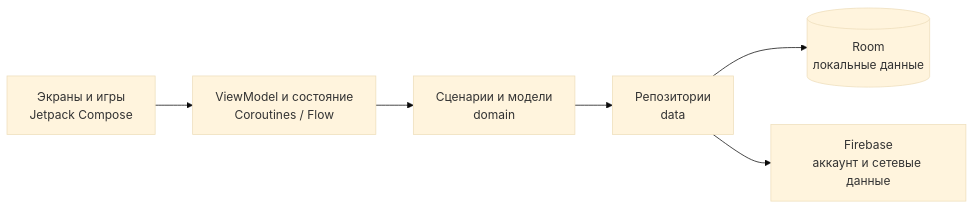
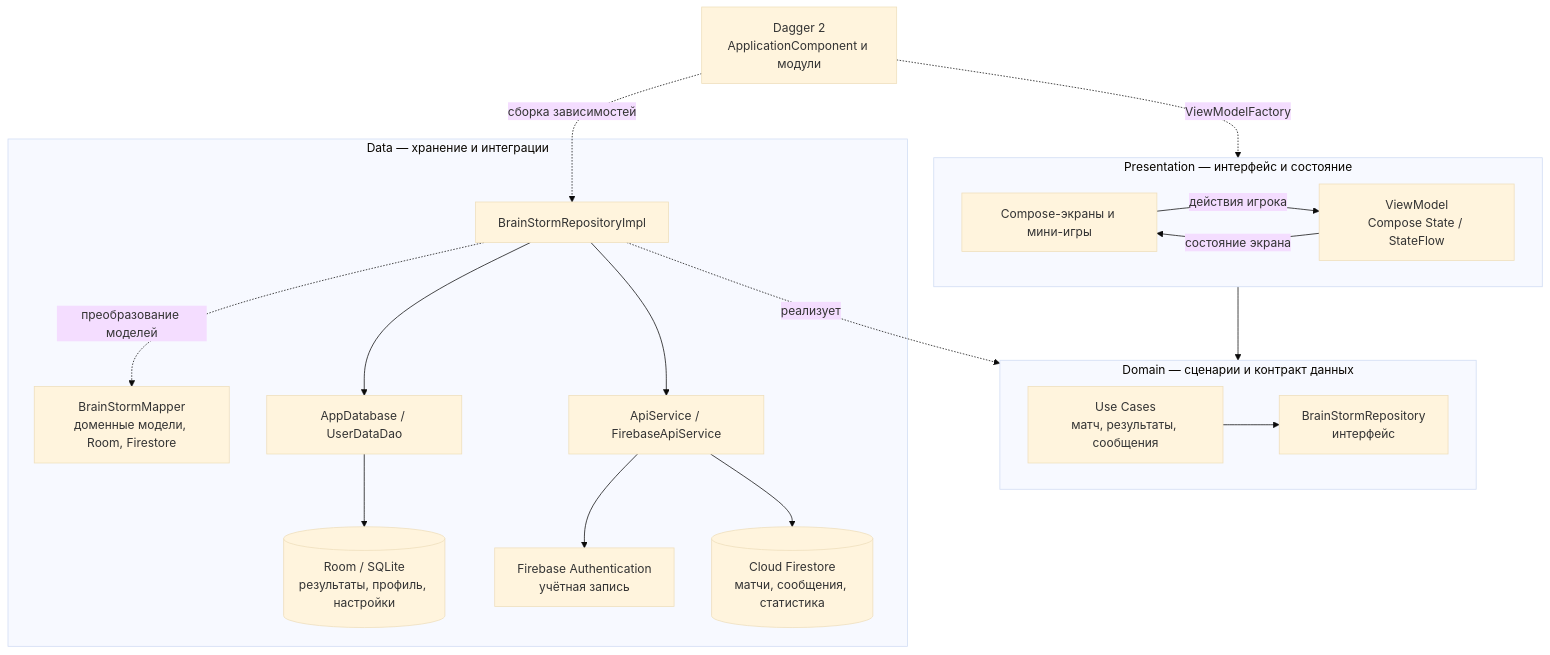
One commit to Vkuvalin/BrainStorm changed the first of 2 diagrams in README.md. Above: the diagram before and after it, drawn with Mermaid (base theme). The commit also changed other lines of this file, not shown here.

Commit message:
docs: expand BrainStorm architecture and clarify multiplayer

````diff
--- a/README.md
+++ b/README.md
@@ -160,8 +182,39 @@
 ```mermaid
-flowchart LR
-    UI["Экраны и игры<br/>Jetpack Compose"] --> VM["ViewModel и состояние<br/>Coroutines / Flow"]
-    VM --> DOMAIN["Сценарии и модели<br/>domain"]
-    DOMAIN --> DATA["Репозитории<br/>data"]
-    DATA --> LOCAL[("Room<br/>локальные данные")]
-    DATA --> CLOUD["Firebase<br/>аккаунт и сетевые данные"]
+flowchart TB
+    subgraph P["Presentation — интерфейс и состояние"]
+        direction LR
+        UI["Compose-экраны и мини-игры"]
+        VM["ViewModel<br/>Compose State / StateFlow"]
+        UI -->|действия игрока| VM
+        VM -->|состояние экрана| UI
+    end
+
+    subgraph D["Domain — сценарии и контракт данных"]
+        direction LR
+        UC["Use Cases<br/>матч, результаты, сообщения"]
+        CONTRACT["BrainStormRepository<br/>интерфейс"]
+        UC --> CONTRACT
+    end
+
+    subgraph DATA["Data — хранение и интеграции"]
+        IMPL["BrainStormRepositoryImpl"]
+        MAPPER["BrainStormMapper<br/>доменные модели, Room, Firestore"]
+        DAO["AppDatabase / UserDataDao"]
+        ROOM[("Room / SQLite<br/>результаты, профиль, настройки")]
+        API["ApiService / FirebaseApiService"]
+        AUTH["Firebase Authentication<br/>учётная запись"]
+        FS[("Cloud Firestore<br/>матчи, сообщения, статистика")]
+        IMPL -.->|преобразование моделей| MAPPER
+        IMPL --> DAO
+        DAO --> ROOM
+        IMPL --> API
+        API --> AUTH
+        API --> FS
+    end
+
+    DI["Dagger 2<br/>ApplicationComponent и модули"]
+    VM --> UC
+    IMPL -.->|реализует| CONTRACT
+    DI -.->|ViewModelFactory| VM
+    DI -.->|сборка зависимостей| IMPL
 ```
````
